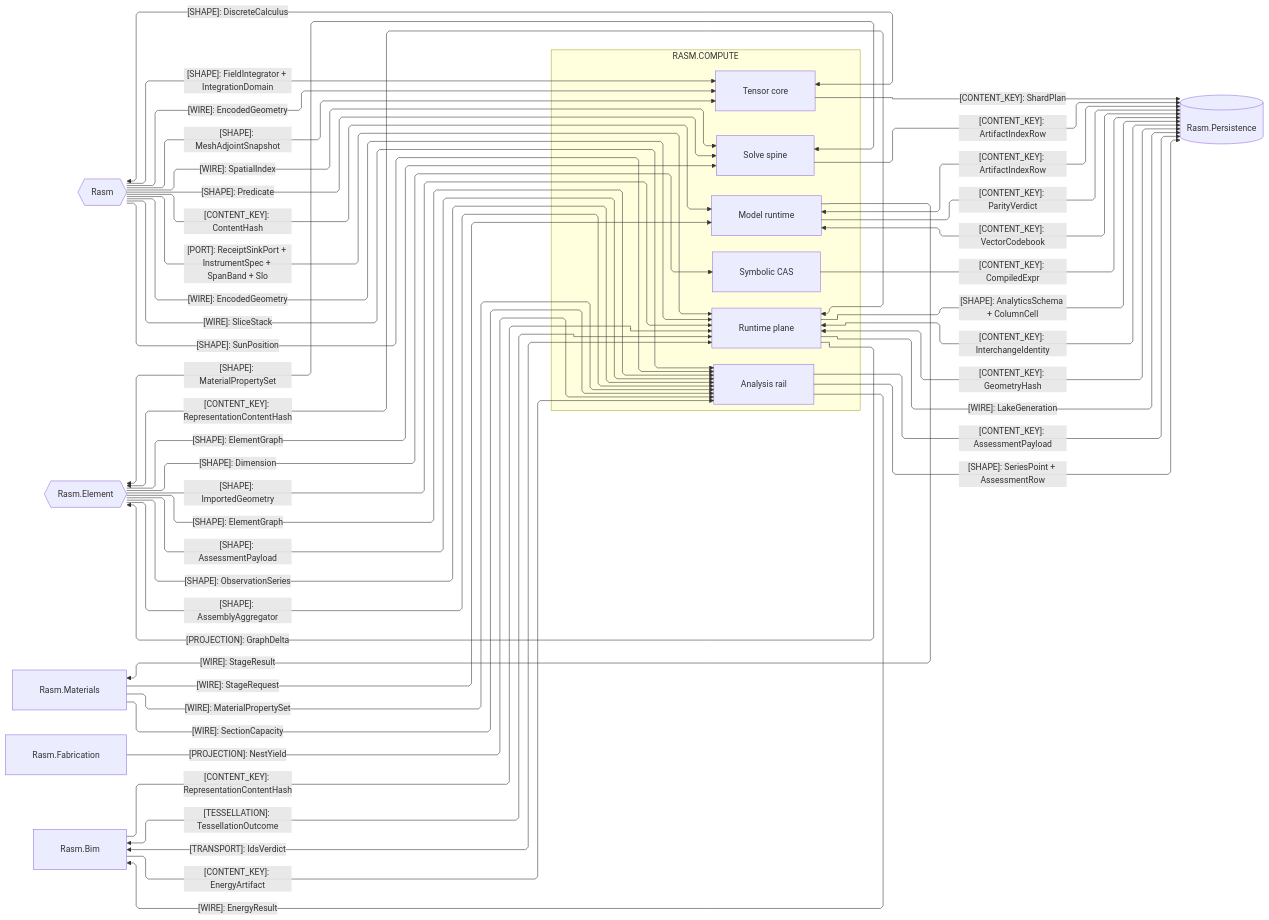
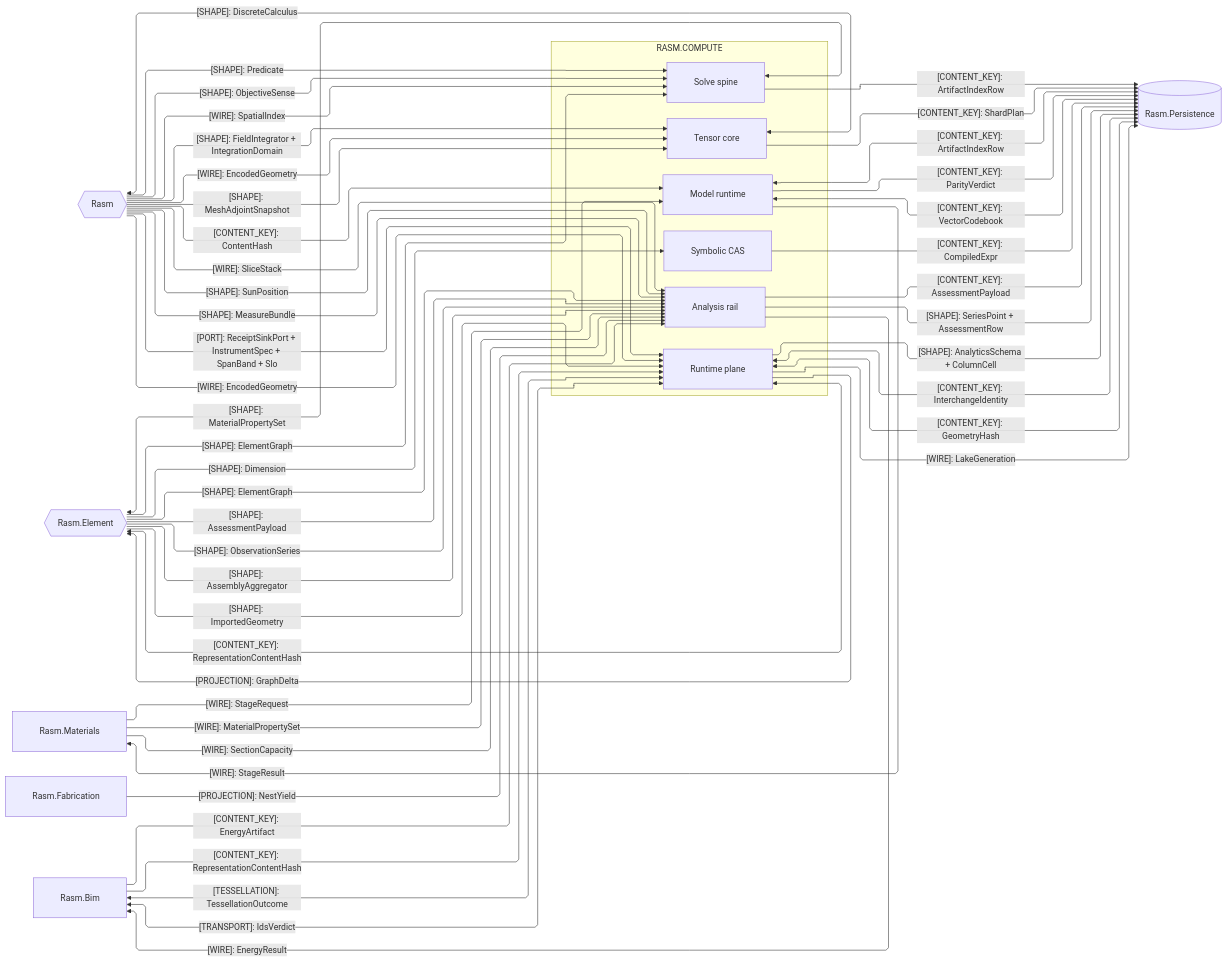
Before and after one commit to bsamiee/Rasm: the second of 4 diagrams in libs/csharp/Rasm.Compute/ARCHITECTURE.md, drawn with Mermaid. The commit also changed other lines of this file and 56 other files, not shown here.

````diff
--- a/libs/csharp/Rasm.Compute/ARCHITECTURE.md
+++ b/libs/csharp/Rasm.Compute/ARCHITECTURE.md
@@ -150,69 +150,71 @@
 ```mermaid
 ---
 config:
   layout: elk
   flowchart:
     curve: linear
     padding: 25
 ---
 flowchart LR
     accTitle: Compute AEC-domain and storage seams
     accDescr: Which kinded contract shapes cross between Compute's owners, the kernel, the AEC peers, and the persistence store.
     subgraph compute[RASM.COMPUTE]
         Model[Model runtime]
         Tensor[Tensor core]
         Solver[Solve spine]
         Symbolic[Symbolic CAS]
         Analysis[Analysis rail]
         Runtime[Runtime plane]
     end
     Rasm{{Rasm}}
     Persistence[(Rasm.Persistence)]
     Element{{Rasm.Element}}
     Materials[Rasm.Materials]
     Fabrication[Rasm.Fabrication]
     Bim[Rasm.Bim]
     Rasm e1@-->|"[CONTENT_KEY]: ContentHash"| Model
     Rasm e2@-->|"[PORT]: ReceiptSinkPort + InstrumentSpec + SpanBand + Slo"| Runtime
     Rasm e3@-->|"[SHAPE]: Predicate"| Solver
-    Tensor e4@<-->|"[SHAPE]: DiscreteCalculus"| Rasm
-    Rasm e5@-->|"[WIRE]: SliceStack"| Analysis
-    Rasm e6@-->|"[SHAPE]: MeshAdjointSnapshot"| Tensor
-    Rasm e7@-->|"[WIRE]: SpatialIndex"| Solver
-    Rasm e8@-->|"[WIRE]: EncodedGeometry"| Tensor
-    Rasm e9@-->|"[SHAPE]: FieldIntegrator + IntegrationDomain"| Tensor
-    Rasm e10@-->|"[SHAPE]: SunPosition"| Analysis
-    Model e11@<-->|"[CONTENT_KEY]: ArtifactIndexRow"| Persistence
-    Model e12@-->|"[CONTENT_KEY]: ParityVerdict"| Persistence
-    Model e13@<-->|"[CONTENT_KEY]: VectorCodebook"| Persistence
-    Tensor e14@-->|"[CONTENT_KEY]: ShardPlan"| Persistence
-    Solver e15@-->|"[CONTENT_KEY]: ArtifactIndexRow"| Persistence
-    Symbolic e16@-->|"[CONTENT_KEY]: CompiledExpr"| Persistence
-    Analysis e17@-->|"[CONTENT_KEY]: AssessmentPayload"| Persistence
-    Analysis e30@-->|"[SHAPE]: SeriesPoint + AssessmentRow"| Persistence
-    Runtime e18@<-->|"[CONTENT_KEY]: InterchangeIdentity"| Persistence
-    Runtime e19@<-->|"[CONTENT_KEY]: GeometryHash"| Persistence
-    Runtime e20@-->|"[WIRE]: LakeGeneration"| Persistence
-    Runtime e21@-->|"[SHAPE]: AnalyticsSchema + ColumnCell"| Persistence
-    Rasm e22@-->|"[WIRE]: EncodedGeometry"| Runtime
-    Solver e23@<-->|"[SHAPE]: MaterialPropertySet"| Element
-    Element e24@-->|"[SHAPE]: Dimension"| Symbolic
-    Element e25@-->|"[SHAPE]: ElementGraph"| Analysis
-    Element e26@-->|"[SHAPE]: ElementGraph"| Solver
-    Element e27@-->|"[SHAPE]: AssessmentPayload"| Analysis
-    Element e28@-->|"[SHAPE]: ObservationSeries"| Analysis
-    Runtime e29@-->|"[PROJECTION]: GraphDelta"| Element
-    Runtime e30@<-->|"[CONTENT_KEY]: RepresentationContentHash"| Element
-    Element e31@-->|"[SHAPE]: ImportedGeometry"| Runtime
-    Element e32@-->|"[SHAPE]: AssemblyAggregator"| Analysis
-    Materials e33@-->|"[WIRE]: MaterialPropertySet"| Analysis
-    Materials e34@-->|"[WIRE]: SectionCapacity"| Analysis
-    Materials e35@-->|"[WIRE]: StageRequest"| Model
-    Model e36@-->|"[WIRE]: StageResult"| Materials
-    Fabrication e37@-->|"[PROJECTION]: NestYield"| Analysis
-    Bim e38@<-->|"[TESSELLATION]: TessellationOutcome"| Runtime
-    Bim e39@<-->|"[TRANSPORT]: IdsVerdict"| Runtime
-    Bim e40@-->|"[CONTENT_KEY]: RepresentationContentHash"| Runtime
-    Bim e41@-->|"[CONTENT_KEY]: EnergyArtifact"| Analysis
-    Analysis e42@-->|"[WIRE]: EnergyResult"| Bim
+    Rasm e4@-->|"[SHAPE]: ObjectiveSense"| Solver
+    Tensor e5@<-->|"[SHAPE]: DiscreteCalculus"| Rasm
+    Rasm e6@-->|"[WIRE]: SliceStack"| Analysis
+    Rasm e7@-->|"[SHAPE]: MeshAdjointSnapshot"| Tensor
+    Rasm e8@-->|"[WIRE]: SpatialIndex"| Solver
+    Rasm e9@-->|"[WIRE]: EncodedGeometry"| Tensor
+    Rasm e10@-->|"[SHAPE]: FieldIntegrator + IntegrationDomain"| Tensor
+    Rasm e11@-->|"[SHAPE]: SunPosition"| Analysis
+    Rasm e12@-->|"[SHAPE]: MeasureBundle"| Analysis
+    Model e13@<-->|"[CONTENT_KEY]: ArtifactIndexRow"| Persistence
+    Model e14@-->|"[CONTENT_KEY]: ParityVerdict"| Persistence
+    Model e15@<-->|"[CONTENT_KEY]: VectorCodebook"| Persistence
+    Tensor e16@-->|"[CONTENT_KEY]: ShardPlan"| Persistence
+    Solver e17@-->|"[CONTENT_KEY]: ArtifactIndexRow"| Persistence
+    Symbolic e18@-->|"[CONTENT_KEY]: CompiledExpr"| Persistence
+    Analysis e19@-->|"[CONTENT_KEY]: AssessmentPayload"| Persistence
+    Analysis e20@-->|"[SHAPE]: SeriesPoint + AssessmentRow"| Persistence
+    Runtime e21@<-->|"[CONTENT_KEY]: InterchangeIdentity"| Persistence
+    Runtime e22@<-->|"[CONTENT_KEY]: GeometryHash"| Persistence
+    Runtime e23@-->|"[WIRE]: LakeGeneration"| Persistence
+    Runtime e24@-->|"[SHAPE]: AnalyticsSchema + ColumnCell"| Persistence
+    Rasm e25@-->|"[WIRE]: EncodedGeometry"| Runtime
+    Solver e26@<-->|"[SHAPE]: MaterialPropertySet"| Element
+    Element e27@-->|"[SHAPE]: Dimension"| Symbolic
+    Element e28@-->|"[SHAPE]: ElementGraph"| Analysis
+    Element e29@-->|"[SHAPE]: ElementGraph"| Solver
+    Element e30@-->|"[SHAPE]: AssessmentPayload"| Analysis
+    Element e31@-->|"[SHAPE]: ObservationSeries"| Analysis
+    Runtime e32@-->|"[PROJECTION]: GraphDelta"| Element
+    Runtime e33@<-->|"[CONTENT_KEY]: RepresentationContentHash"| Element
+    Element e34@-->|"[SHAPE]: ImportedGeometry"| Runtime
+    Element e35@-->|"[SHAPE]: AssemblyAggregator"| Analysis
+    Materials e36@-->|"[WIRE]: MaterialPropertySet"| Analysis
+    Materials e37@-->|"[WIRE]: SectionCapacity"| Analysis
+    Materials e38@-->|"[WIRE]: StageRequest"| Model
+    Model e39@-->|"[WIRE]: StageResult"| Materials
+    Fabrication e40@-->|"[PROJECTION]: NestYield"| Analysis
+    Bim e41@<-->|"[TESSELLATION]: TessellationOutcome"| Runtime
+    Bim e42@<-->|"[TRANSPORT]: IdsVerdict"| Runtime
+    Bim e43@-->|"[CONTENT_KEY]: RepresentationContentHash"| Runtime
+    Bim e44@-->|"[CONTENT_KEY]: EnergyArtifact"| Analysis
+    Analysis e45@-->|"[WIRE]: EnergyResult"| Bim
 ```
````
